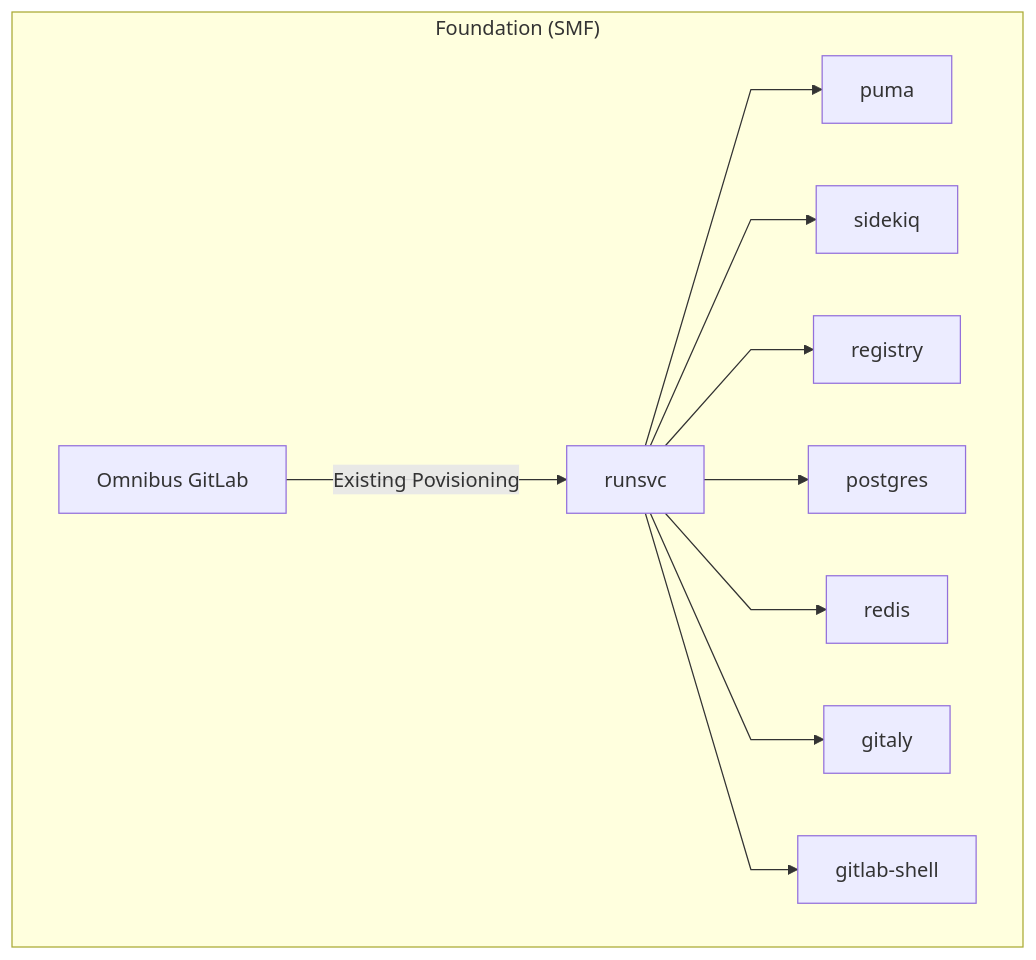
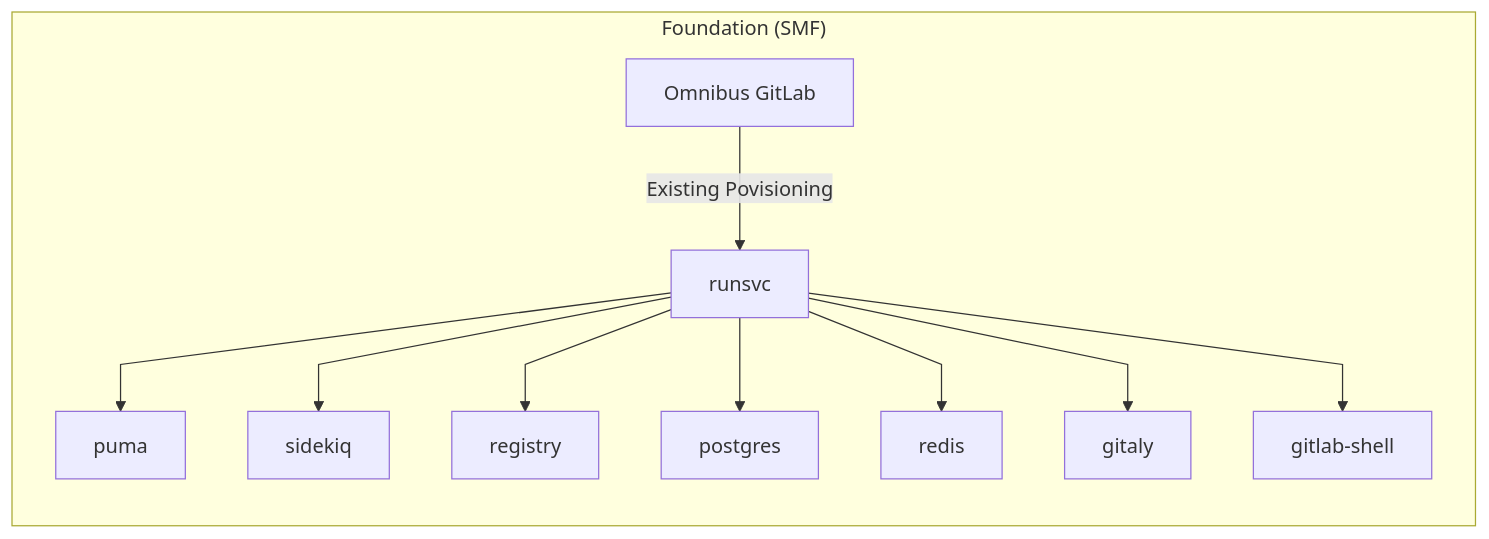
The second of 5 diagrams in content/handbook/engineering/architecture/design-documents/selfmanaged_segmentation/_index.md (zalyoung/gitlab-handbook), drawn with Mermaid before and after one commit. The commit also changed other lines of this file, not shown here.

````diff
--- a/content/handbook/engineering/architecture/design-documents/selfmanaged_segmentation/_index.md
+++ b/content/handbook/engineering/architecture/design-documents/selfmanaged_segmentation/_index.md
@@ -215,18 +215,18 @@
 ```mermaid
 %%{ init: { 'flowchart': { 'curve': 'linear' } } }%%
 flowchart LR
     subgraph foundation["Foundation (SMF)"]
-        direction LR
+        direction TB
         obgl[Omnibus GitLab]
 
         obgl -- "Existing Povisioning" --> runsvc
 
         runsvc --> puma
         runsvc --> sidekiq
         runsvc --> registry
         runsvc --> postgres
         runsvc --> redis
         runsvc --> gitaly
         runsvc --> gitlab-shell
     end
 ```
````
